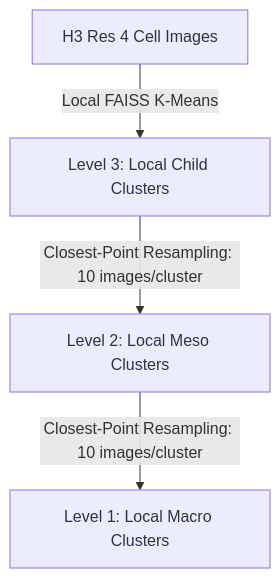
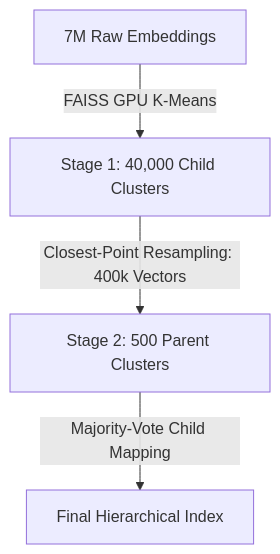
The diagram in docs/blueprints/representation_clustering_blueprint.md (ananthu-aniraj/geo-rag), drawn with Mermaid before and after one commit. The commit also changed other lines of this file, not shown here.

````diff
--- a/docs/blueprints/representation_clustering_blueprint.md
+++ b/docs/blueprints/representation_clustering_blueprint.md
@@ -49,6 +17,6 @@
 ```mermaid
 graph TD
-    A[ H3 Res 4 Cell Images ] -->|Local FAISS K-Means| B[ Level 3: Local Child Clusters ]
-    B -->|Closest-Point Resampling: 10 images/cluster| C[ Level 2: Local Meso Clusters ]
-    C -->|Closest-Point Resampling: 10 images/cluster| D[ Level 1: Local Macro Clusters ]
+    A[ 7M Raw Embeddings ] -->|FAISS GPU K-Means| B[ Stage 1: 40,000 Child Clusters ]
+    B -->|Closest-Point Resampling: 400k Vectors| C[ Stage 2: 500 Parent Clusters ]
+    C -->|Majority-Vote Child Mapping| D[ Final Hierarchical Index ]
 ```
````
